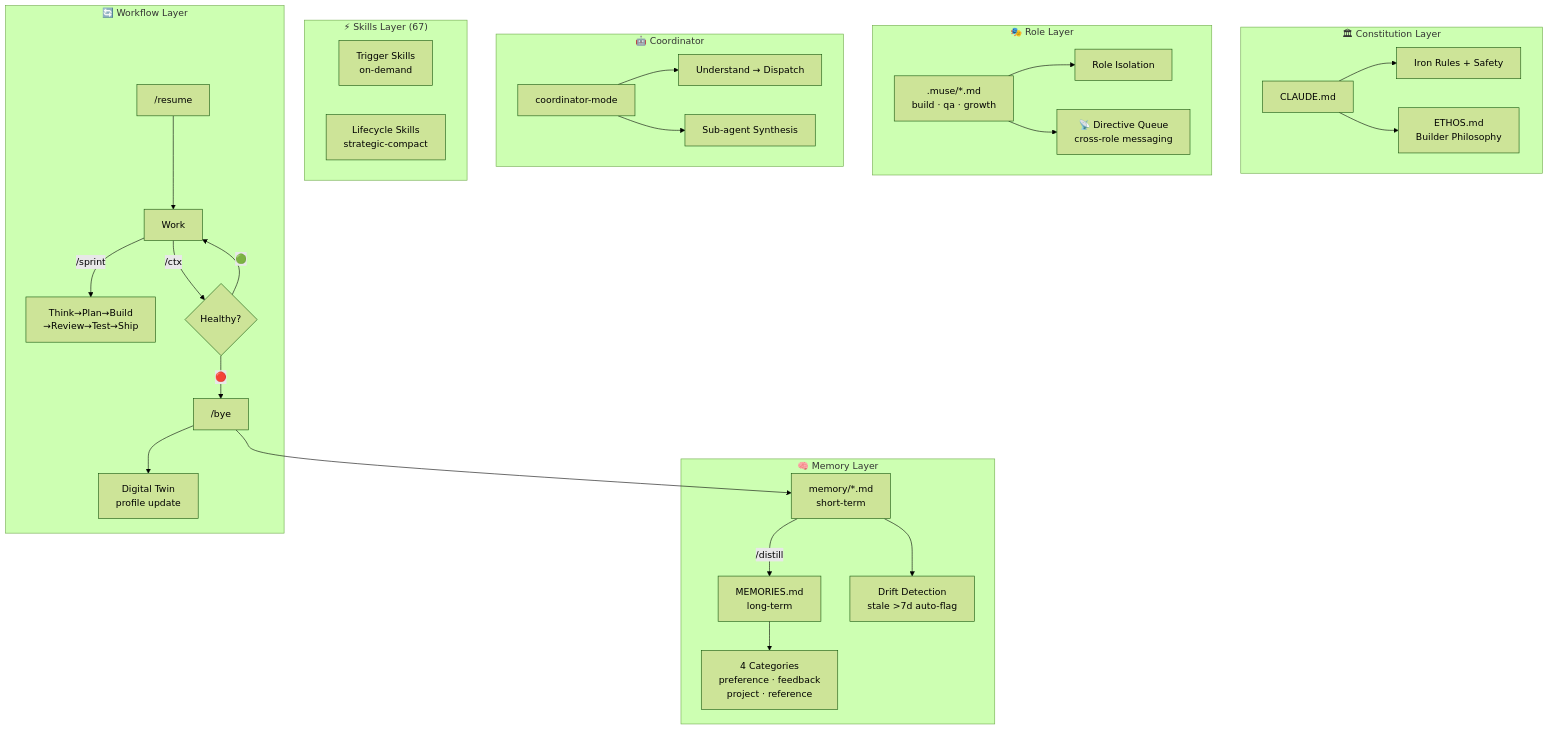
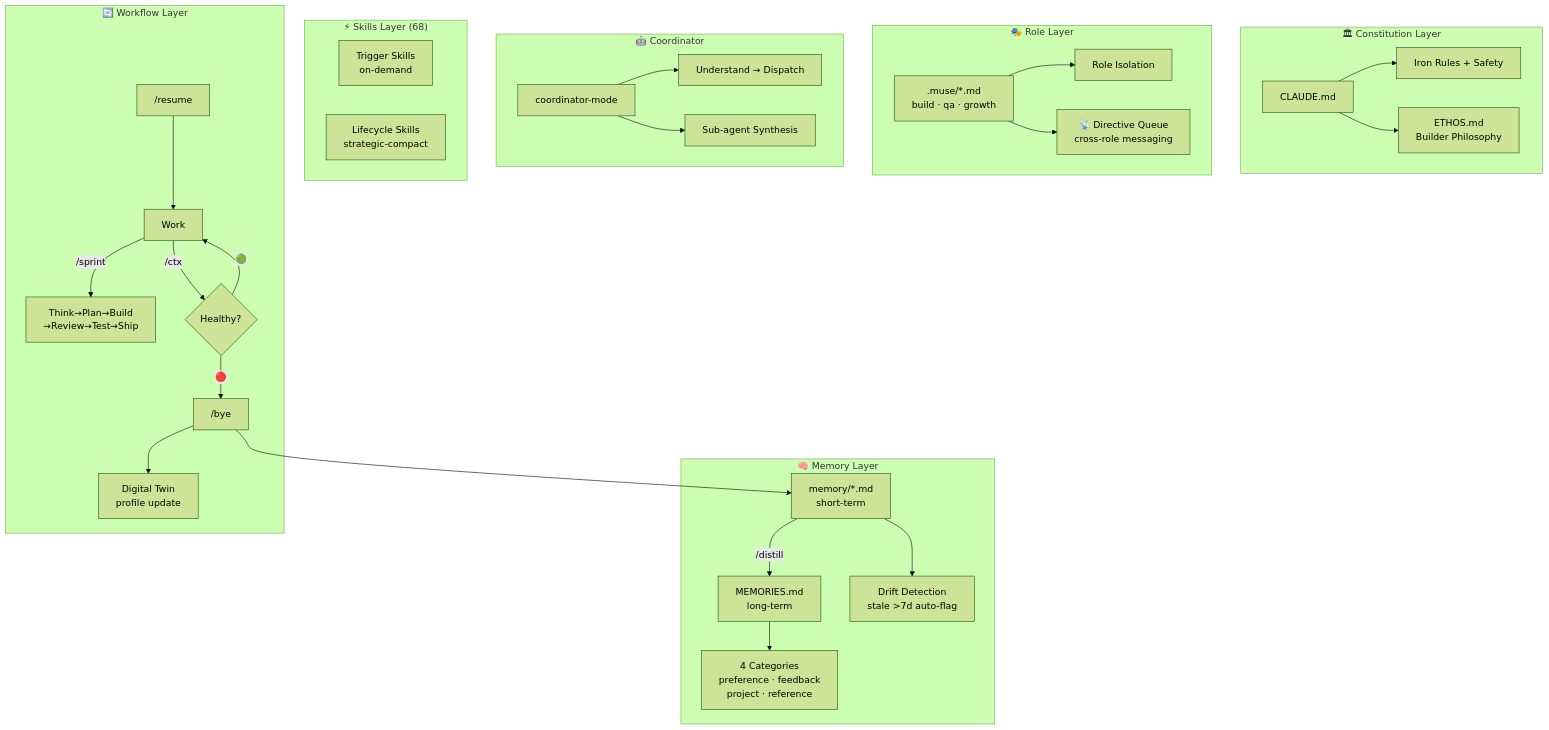
One commit to myths-labs/muse changed the diagram in README.md. Above: the diagram before and after it, drawn with Mermaid (forest theme). The commit also changed other lines of this file and 22 other files, not shown here.

````diff
--- a/README.md
+++ b/README.md
@@ -226,38 +226,38 @@
 ```mermaid
 graph TB
     subgraph "🏛 Constitution Layer"
         A["CLAUDE.md"] --> B["Iron Rules + Safety"]
         A --> C["ETHOS.md<br/>Builder Philosophy"]
     end
     
     subgraph "🎭 Role Layer"
         R[".muse/*.md<br/>build · qa · growth"] --> S["Role Isolation"]
         R --> T["📡 Directive Queue<br/>cross-role messaging"]
     end
     
     subgraph "🧠 Memory Layer"
         D["memory/*.md<br/>short-term"] -->|"/distill"| E["MEMORIES.md<br/>long-term"]
         D --> D1["Drift Detection<br/>stale >7d auto-flag"]
         E --> E1["4 Categories<br/>preference · feedback<br/>project · reference"]
     end
     
     subgraph "🤖 Coordinator"
         CO["coordinator-mode"] --> CO1["Understand → Dispatch"]
         CO --> CO2["Sub-agent Synthesis"]
     end
     
-    subgraph "⚡ Skills Layer (67)"
+    subgraph "⚡ Skills Layer (68)"
         G["Trigger Skills<br/>on-demand"]
         H["Lifecycle Skills<br/>strategic-compact"]
     end
     
     subgraph "🔄 Workflow Layer"
         I["/resume"] --> J["Work"]
         J -->|"/sprint"| SP["Think→Plan→Build<br/>→Review→Test→Ship"]
         J -->|"/ctx"| K{"Healthy?"}
         K -->|"🟢"| J
         K -->|"🔴"| L["/bye"]
         L --> D
         L --> L1["Digital Twin<br/>profile update"]
     end
 ```
````
